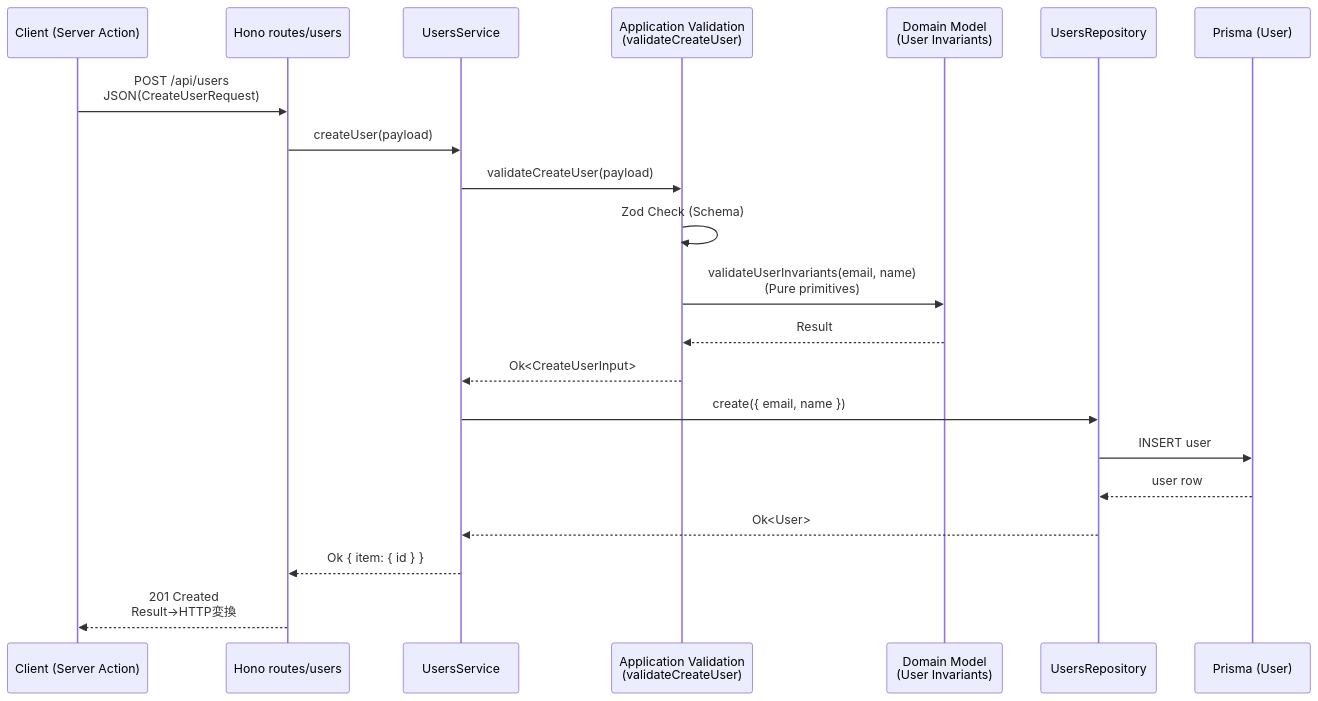
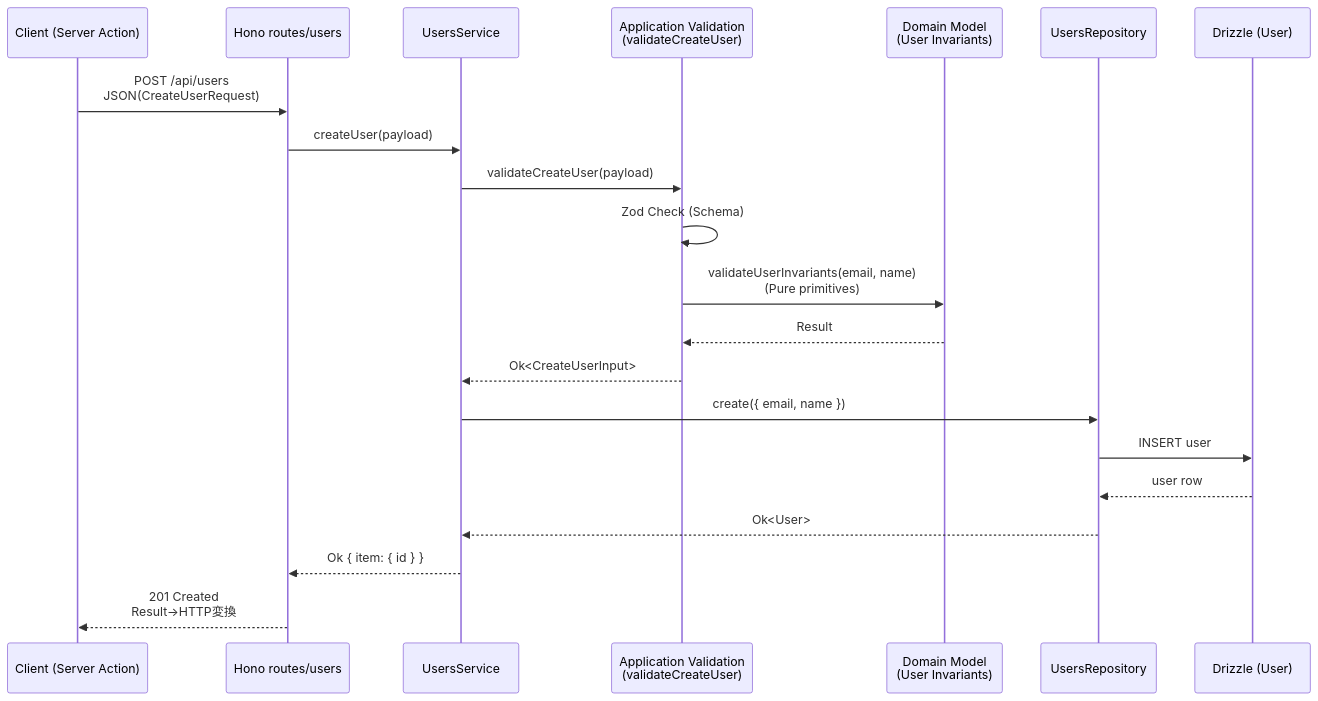
The diagram in docs/architecture/domain-model.md (revedge-jp/fullstack-hono-tanstack-template), drawn with Mermaid before and after one commit. The commit also changed 30 other files, not shown here.

````diff
--- a/docs/architecture/domain-model.md
+++ b/docs/architecture/domain-model.md
@@ -19,24 +19,24 @@
 ```mermaid
 sequenceDiagram
     participant Client as Client (Server Action)
     participant Route as Hono routes/users
     participant Service as UsersService
     participant AppValidate as Application Validation<br/>(validateCreateUser)
     participant Domain as Domain Model<br/>(User Invariants)
     participant Repo as UsersRepository
-    participant DB as Prisma (User)
+    participant DB as Drizzle (User)
 
     Client->>Route: POST /api/users<br/>JSON(CreateUserRequest)
     Route->>Service: createUser(payload)
     Service->>AppValidate: validateCreateUser(payload)
     AppValidate->>AppValidate: Zod Check (Schema)
     AppValidate->>Domain: validateUserInvariants(email, name)<br/>(Pure primitives)
     Domain-->>AppValidate: Result
     AppValidate-->>Service: Ok<CreateUserInput>
     Service->>Repo: create({ email, name })
     Repo->>DB: INSERT user
     DB-->>Repo: user row
     Repo-->>Service: Ok<User>
     Service-->>Route: Ok { item: { id } }
     Route-->>Client: 201 Created<br/>Result→HTTP変換
 ```
````
